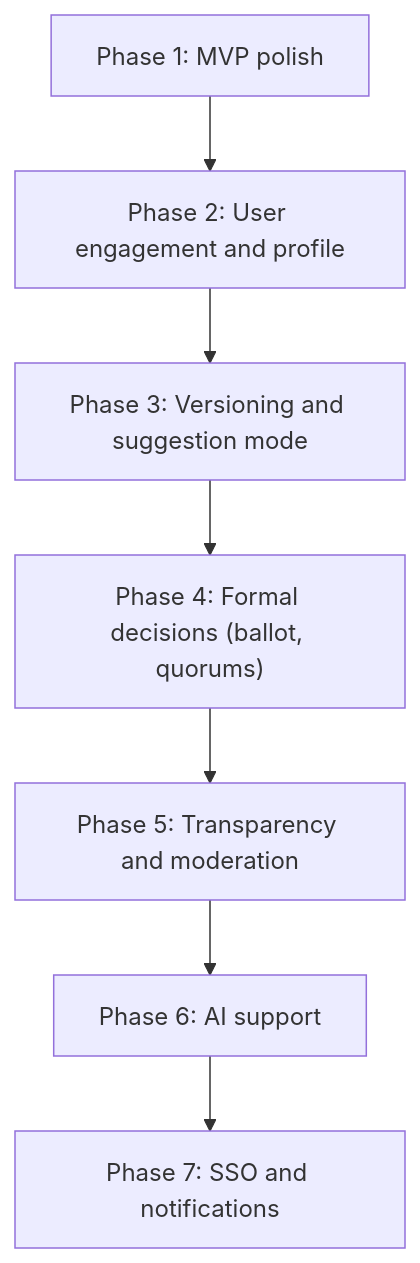
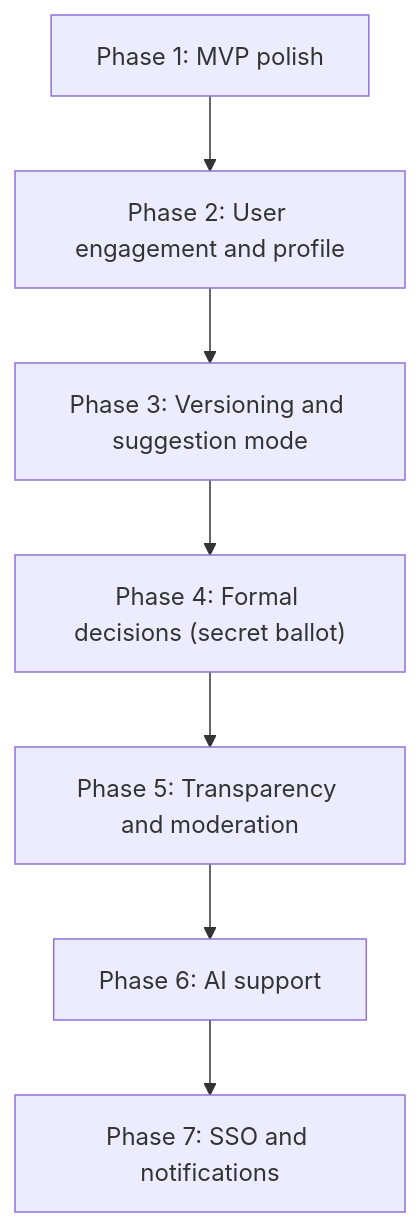
One commit to MaggiR/FreiWerk changed the diagram in AGENTS.md. Above: the diagram before and after it, drawn with Mermaid. The commit also changed other lines of this file and 32 other files, not shown here.

````diff
--- a/AGENTS.md
+++ b/AGENTS.md
@@ -133,9 +136,9 @@
 ```mermaid
 flowchart TD
     P1["Phase 1: MVP polish"] --> P2["Phase 2: User engagement and profile"]
     P2 --> P3["Phase 3: Versioning and suggestion mode"]
-    P3 --> P4["Phase 4: Formal decisions (ballot, quorums)"]
+    P3 --> P4["Phase 4: Formal decisions (secret ballot)"]
     P4 --> P5["Phase 5: Transparency and moderation"]
     P5 --> P6["Phase 6: AI support"]
     P6 --> P7["Phase 7: SSO and notifications"]
 ```
````
